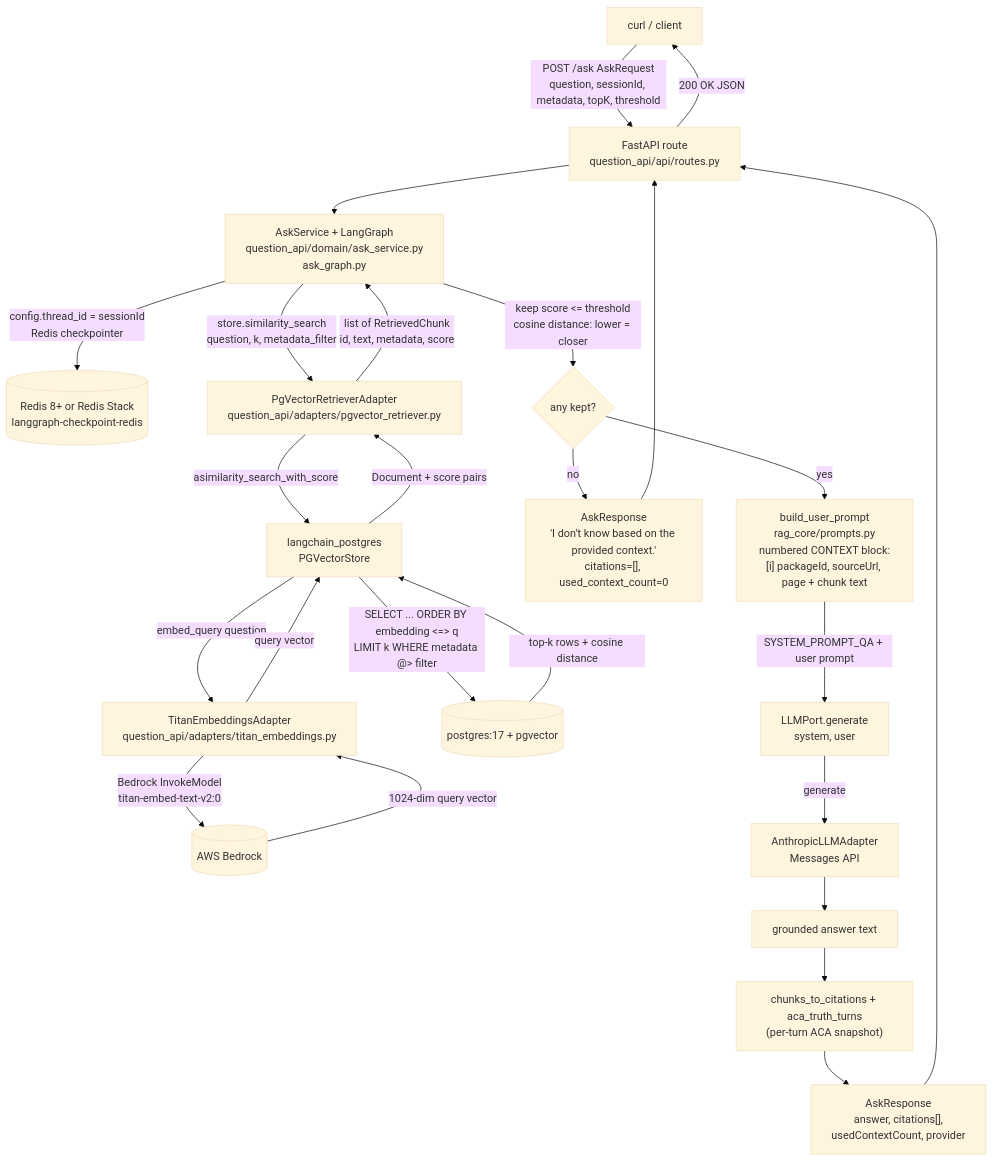
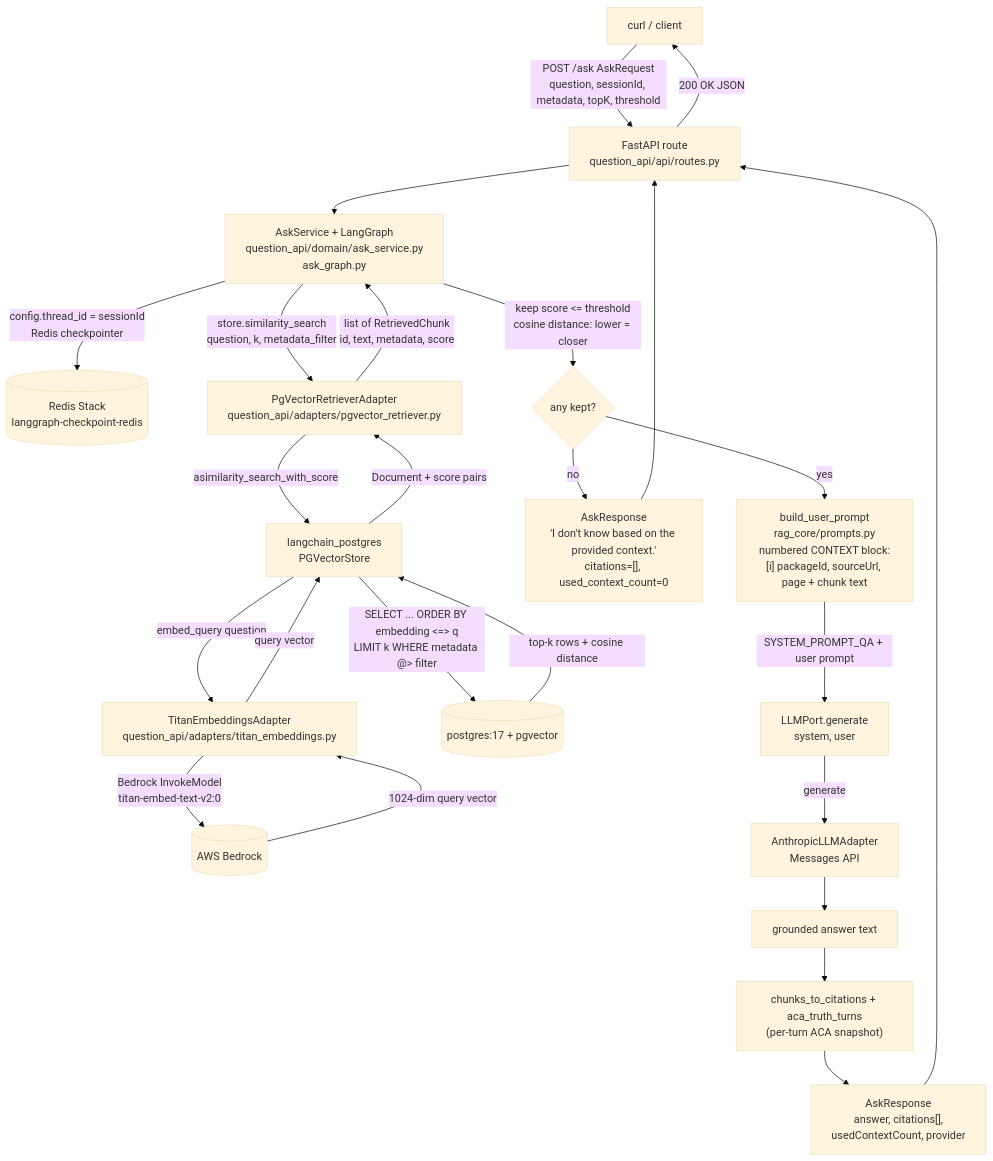
Before and after one commit to David-Parry/rag-pgvector: the third of 3 diagrams in README.md, drawn with Mermaid (base theme). The commit also changed other lines of this file and 52 other files, not shown here.

````diff
--- a/README.md
+++ b/README.md
@@ -87,34 +87,34 @@
 ```mermaid
 flowchart TD
     Client["curl / client"] -->|"POST /ask AskRequest<br/>question, sessionId, metadata, topK, threshold"| Route["FastAPI route<br/>question_api/api/routes.py"]
     Route --> Svc["AskService + LangGraph<br/>question_api/domain/ask_service.py<br/>ask_graph.py"]
 
-    Svc -->|"config.thread_id = sessionId<br/>Redis checkpointer"| Redis[("Redis 8+ or Redis Stack<br/>langgraph-checkpoint-redis")]
+    Svc -->|"config.thread_id = sessionId<br/>Redis checkpointer"| Redis[("Redis Stack<br/>langgraph-checkpoint-redis")]
     Svc -->|"store.similarity_search<br/>question, k, metadata_filter"| Retr["PgVectorRetrieverAdapter<br/>question_api/adapters/pgvector_retriever.py"]
     Retr -->|"asimilarity_search_with_score"| Lc["langchain_postgres<br/>PGVectorStore"]
 
     Lc -->|"embed_query question"| Titan["TitanEmbeddingsAdapter<br/>question_api/adapters/titan_embeddings.py"]
     Titan -->|"Bedrock InvokeModel<br/>titan-embed-text-v2:0"| Bedrock[("AWS Bedrock")]
     Bedrock -->|"1024-dim query vector"| Titan
     Titan -->|"query vector"| Lc
 
     Lc -->|"SELECT ... ORDER BY embedding &lt;=&gt; q<br/>LIMIT k WHERE metadata @&gt; filter"| PG[("postgres:17 + pgvector")]
     PG -->|"top-k rows + cosine distance"| Lc
     Lc -->|"Document + score pairs"| Retr
     Retr -->|"list of RetrievedChunk<br/>id, text, metadata, score"| Svc
 
     Svc -->|"keep score &lt;= threshold<br/>cosine distance: lower = closer"| Filter{"any kept?"}
     Filter -- "no" --> Empty["AskResponse<br/>'I don't know based on the provided context.'<br/>citations=[], used_context_count=0"]
     Empty --> Route
 
     Filter -- "yes" --> Build["build_user_prompt<br/>rag_core/prompts.py<br/>numbered CONTEXT block:<br/>[i] packageId, sourceUrl, page + chunk text"]
     Build -->|"SYSTEM_PROMPT_QA + user prompt"| LLM["LLMPort.generate<br/>system, user"]
 
     LLM -->|generate| Anthropic["AnthropicLLMAdapter<br/>Messages API"]
     Anthropic --> Ans["grounded answer text"]
 
     Ans --> ToCit["chunks_to_citations + aca_truth_turns<br/>(per-turn ACA snapshot)"]
     ToCit --> Resp["AskResponse<br/>answer, citations[],<br/>usedContextCount, provider"]
     Resp --> Route
     Route -->|"200 OK JSON"| Client
 ```
````
